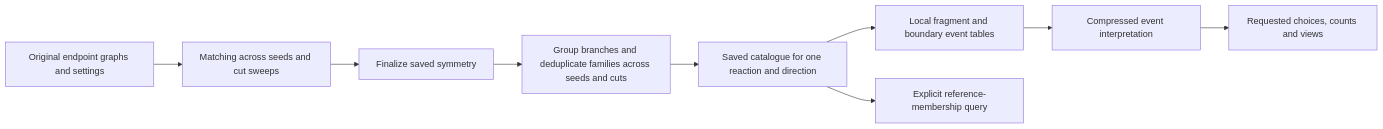
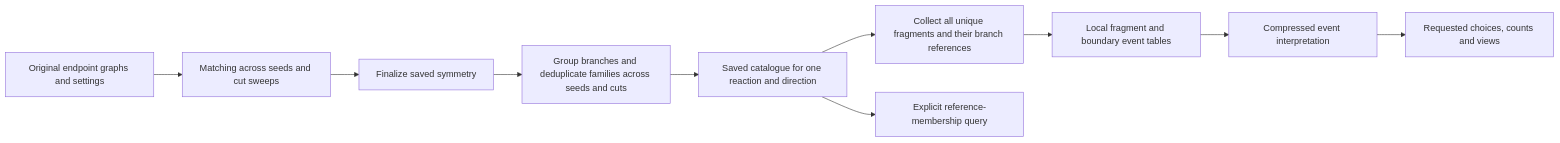
The first of 8 diagrams in design.md (yunhzou/MAPPA-AAM), drawn with Mermaid before and after one commit. The commit also changed other lines of this file and 1 other file, not shown here.

Commit message:
Require unique fragment collection before event decoding

````diff
--- a/design.md
+++ b/design.md
@@ -11,11 +11,12 @@
 ```mermaid
 flowchart LR
     Input[Original endpoint graphs and settings] --> Matching[Matching across seeds and cut sweeps]
     Matching --> Finalize[Finalize saved symmetry]
     Finalize --> Dedup[Group branches and deduplicate families across seeds and cuts]
     Dedup --> Catalogue[Saved catalogue for one reaction and direction]
-    Catalogue --> Local[Local fragment and boundary event tables]
+    Catalogue --> Inventory[Collect all unique fragments and their branch references]
+    Inventory --> Local[Local fragment and boundary event tables]
     Local --> Decode[Compressed event interpretation]
     Catalogue --> Verify[Explicit reference-membership query]
     Decode --> Inspect[Requested choices, counts and views]
 ```
````
